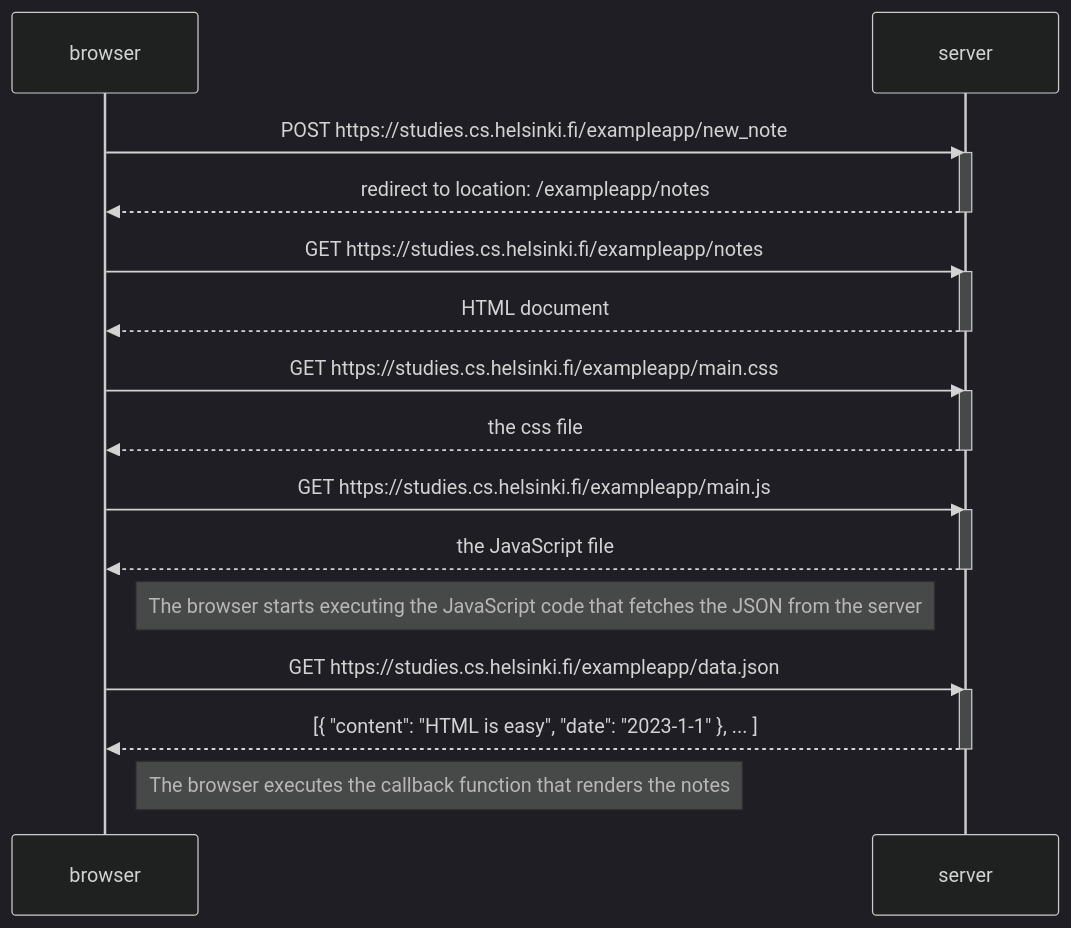
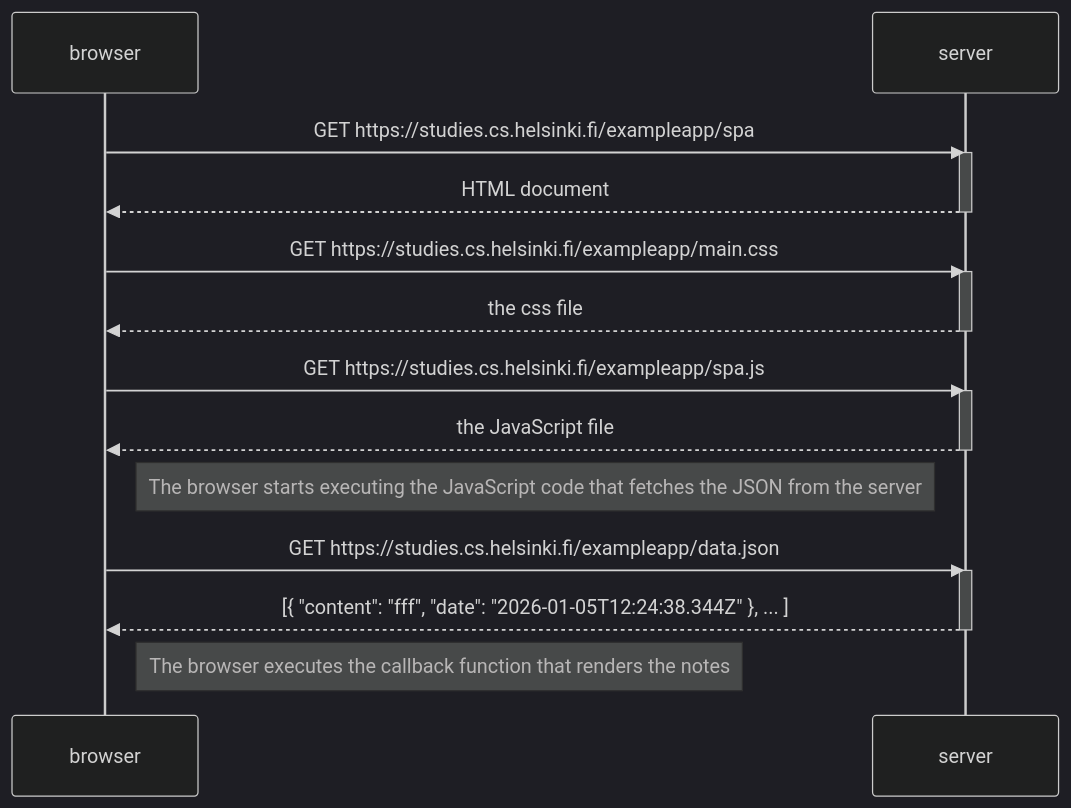
The diagram in test.md (OttoPel/LokeroApp), drawn with Mermaid (dark theme) before and after one commit.

Commit message:
spa mermaid

````diff
--- a/test.md
+++ b/test.md
@@ -1,35 +1,29 @@
 ```mermaid
 sequenceDiagram
     participant browser
     participant server
     
-    browser->>server: POST https://studies.cs.helsinki.fi/exampleapp/new_note
-    activate server
-    server-->>browser: redirect to location: /exampleapp/notes
-
-    deactivate server
-
-    browser->>server: GET https://studies.cs.helsinki.fi/exampleapp/notes
+    browser->>server: GET https://studies.cs.helsinki.fi/exampleapp/spa
     activate server
     server-->>browser: HTML document
     deactivate server
     
     browser->>server: GET https://studies.cs.helsinki.fi/exampleapp/main.css
     activate server
     server-->>browser: the css file
     deactivate server
     
-    browser->>server: GET https://studies.cs.helsinki.fi/exampleapp/main.js
+    browser->>server: GET https://studies.cs.helsinki.fi/exampleapp/spa.js
     activate server
     server-->>browser: the JavaScript file
     deactivate server
     
     Note right of browser: The browser starts executing the JavaScript code that fetches the JSON from the server
     
     browser->>server: GET https://studies.cs.helsinki.fi/exampleapp/data.json
     activate server
-    server-->>browser: [{ "content": "HTML is easy", "date": "2023-1-1" }, ... ]
+    server-->>browser: [{ "content": "fff", "date": "2026-01-05T12:24:38.344Z" }, ... ]
     deactivate server    
 
     Note right of browser: The browser executes the callback function that renders the notes
 ```
````
